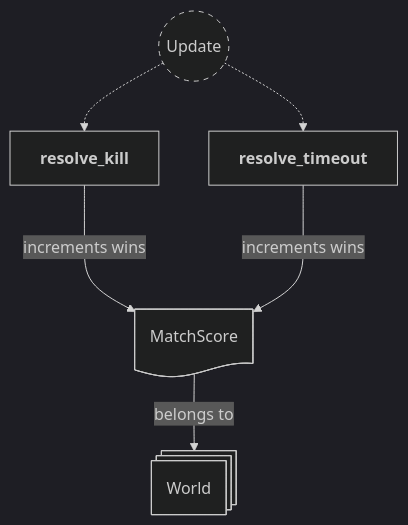
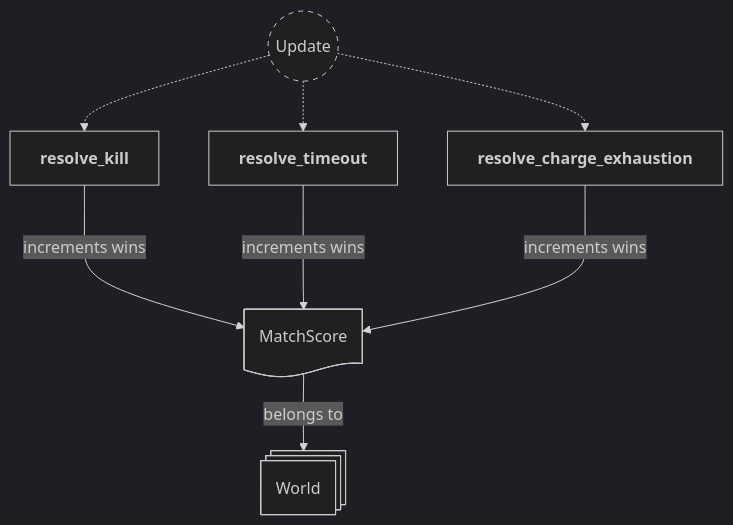
Before and after one commit to neurosoup/tyled: the sixth of 9 diagrams in backlog/docs/doc-15 - 013-Round-plugin.md, drawn with Mermaid. The commit also changed other lines of this file and 1 other file, not shown here.

First line of the commit message:
Feat: end round on charge exhaustion with winner-by-standing resolution

````diff
--- a/backlog/docs/doc-15 - 013-Round-plugin.md
+++ b/backlog/docs/doc-15 - 013-Round-plugin.md
@@ -281,23 +308,26 @@
 ```mermaid
 ---
 config:
   theme: dark
 ---
 
 flowchart TD
 classDef system-group stroke-dasharray: 5 5
 
 update(("`Update`")):::system-group
 resolve_kill["`**resolve_kill**`"]
 resolve_timeout["`**resolve_timeout**`"]
+resolve_charge_exhaustion["`**resolve_charge_exhaustion**`"]
 
 update -.-> resolve_kill
 update -.-> resolve_timeout
+update -.-> resolve_charge_exhaustion
 
 world@{ shape: st-rect, label: "World" }
 match_score_res@{ shape: doc, label: "MatchScore" }
 
 match_score_res --> |belongs to| world
 resolve_kill ---> |increments wins| match_score_res
 resolve_timeout ---> |increments wins| match_score_res
+resolve_charge_exhaustion ---> |increments wins| match_score_res
 ```
````
